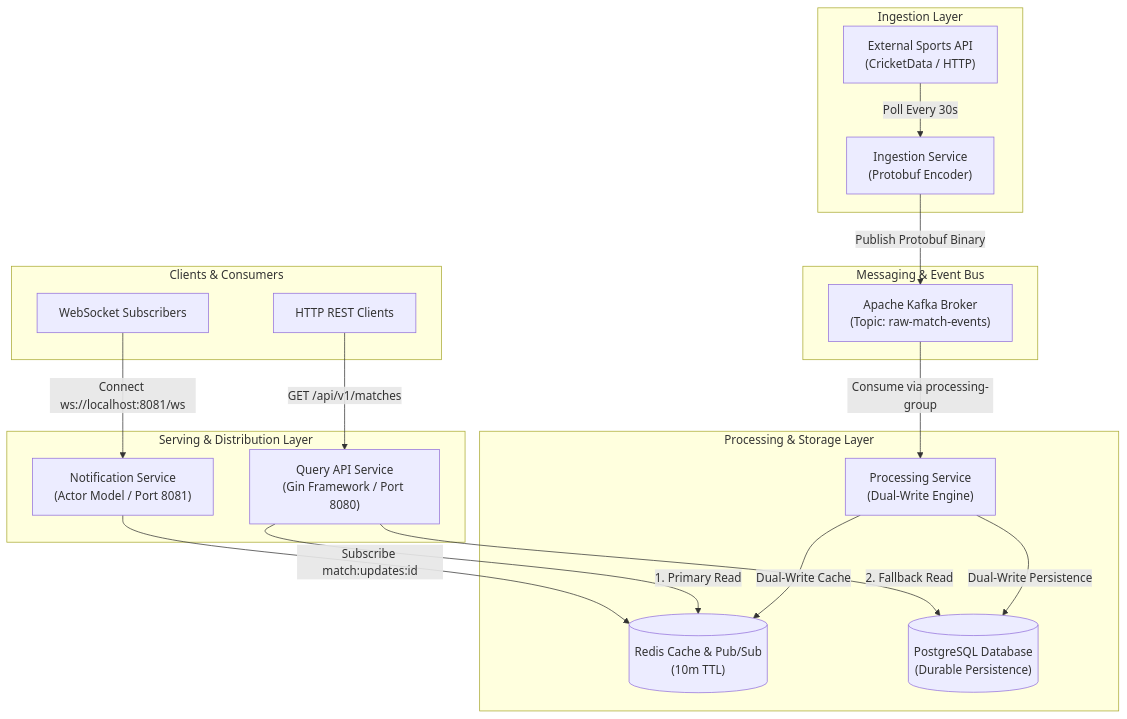
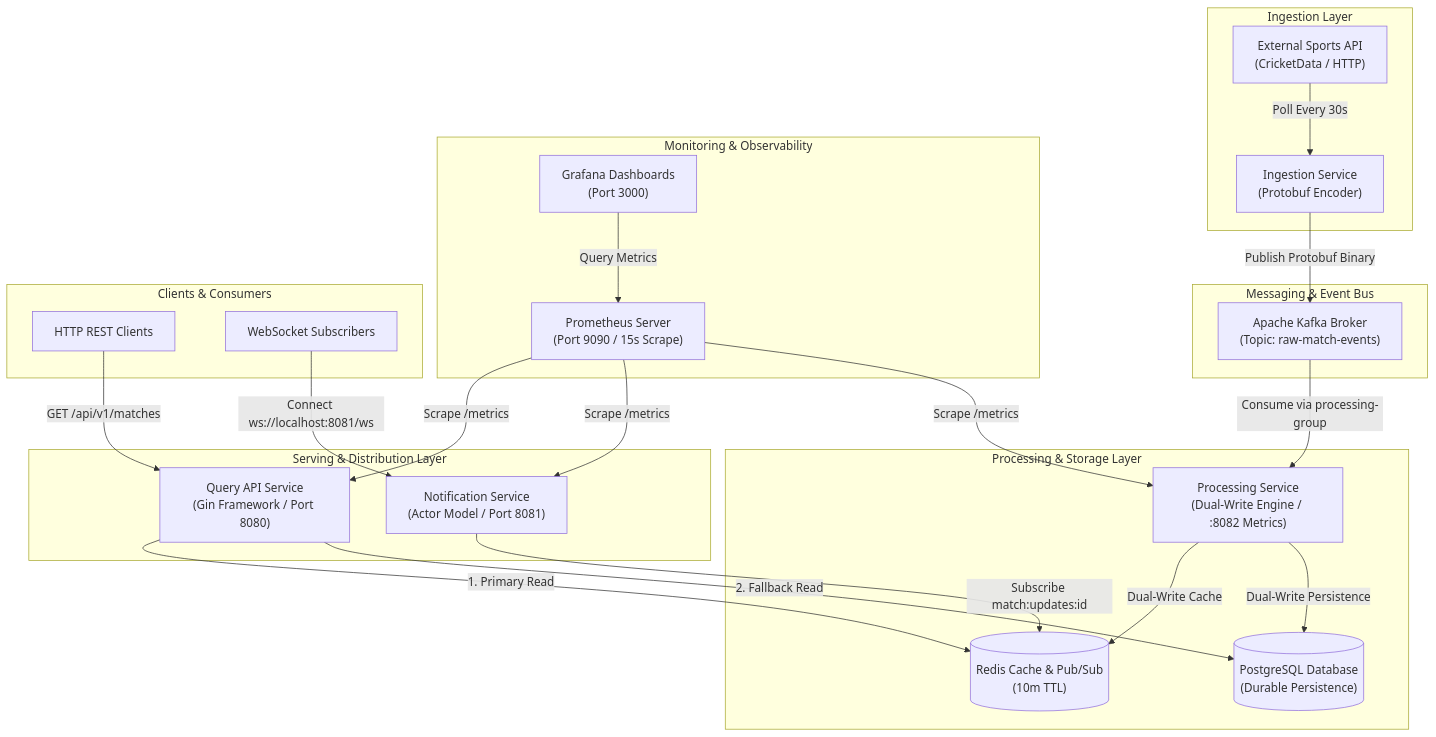
Before and after one commit to mildlybrutal/overcast: the diagram in README.md, drawn with Mermaid. The commit also changed other lines of this file and 31 other files, not shown here.

````diff
--- a/README.md
+++ b/README.md
@@ -90,40 +101,50 @@
 ```mermaid
 flowchart TD
     subgraph Ingestion_Layer["Ingestion Layer"]
         ExtAPI["External Sports API<br/>(CricketData / HTTP)"]
         Ingestion["Ingestion Service<br/>(Protobuf Encoder)"]
     end
 
     subgraph Messaging_Layer["Messaging & Event Bus"]
         Kafka["Apache Kafka Broker<br/>(Topic: raw-match-events)"]
     end
 
     subgraph Processing_Layer["Processing & Storage Layer"]
-        Processing["Processing Service<br/>(Dual-Write Engine)"]
+        Processing["Processing Service<br/>(Dual-Write Engine / :8082 Metrics)"]
         Redis[("Redis Cache & Pub/Sub<br/>(10m TTL)")]
         Postgres[("PostgreSQL Database<br/>(Durable Persistence)")]
     end
 
     subgraph Serving_Layer["Serving & Distribution Layer"]
         APIService["Query API Service<br/>(Gin Framework / Port 8080)"]
         NotificationService["Notification Service<br/>(Actor Model / Port 8081)"]
+    end
+
+    subgraph Observability_Layer["Monitoring & Observability"]
+        Prometheus["Prometheus Server<br/>(Port 9090 / 15s Scrape)"]
+        Grafana["Grafana Dashboards<br/>(Port 3000)"]
     end
 
     subgraph Clients["Clients & Consumers"]
         HTTPClient["HTTP REST Clients"]
         WSClient["WebSocket Subscribers"]
     end
 
     ExtAPI -->|Poll Every 30s| Ingestion
     Ingestion -->|Publish Protobuf Binary| Kafka
     Kafka -->|Consume via processing-group| Processing
     Processing -->|Dual-Write Cache| Redis
     Processing -->|Dual-Write Persistence| Postgres
 
     HTTPClient -->|GET /api/v1/matches| APIService
     APIService -->|1. Primary Read| Redis
     APIService -->|2. Fallback Read| Postgres
 
     WSClient -->|Connect ws://localhost:8081/ws| NotificationService
     NotificationService -->|Subscribe match:updates:id| Redis
+
+    Prometheus -->|Scrape /metrics| APIService
+    Prometheus -->|Scrape /metrics| NotificationService
+    Prometheus -->|Scrape /metrics| Processing
+    Grafana -->|Query Metrics| Prometheus
 ```
````
